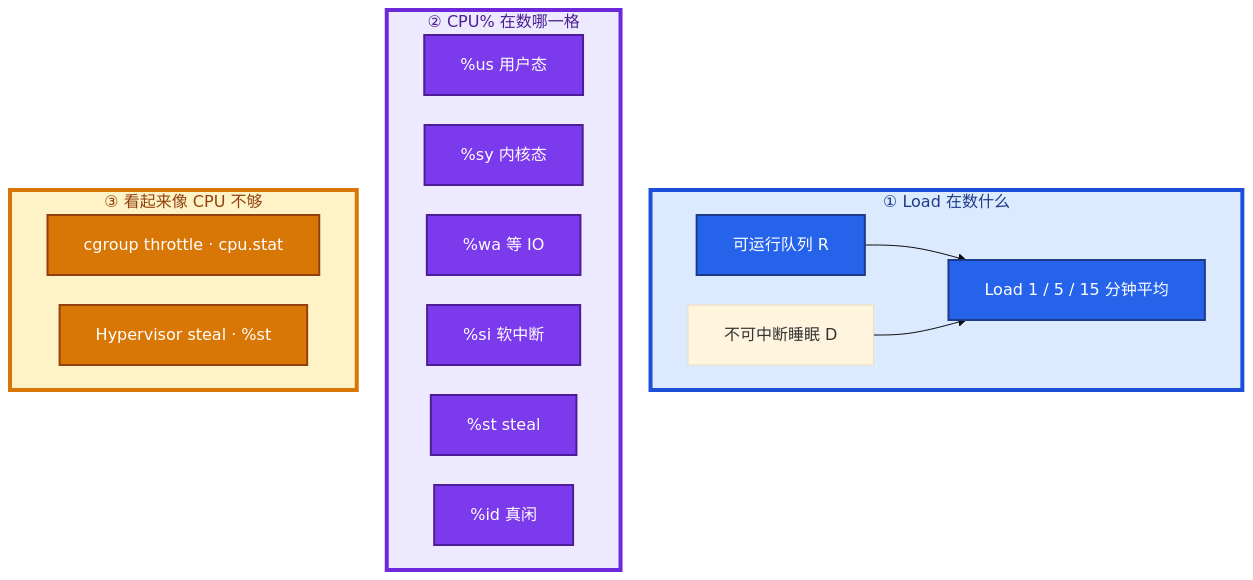
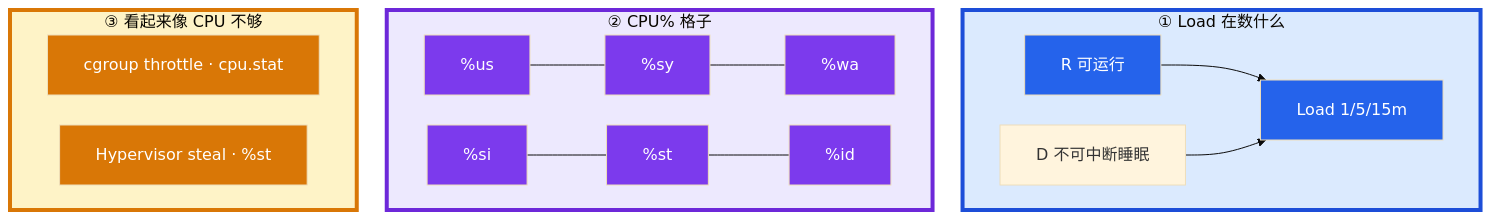
One commit to ml-cuizijun/LearnToLilith changed the second of 6 diagrams in 02-基础底座/03-CPU与Load/知识点.md. Above: the diagram before and after it, drawn with Mermaid. The commit also changed other lines of this file and 213 other files, not shown here.

````diff
--- a/02-基础底座/03-CPU与Load/知识点.md
+++ b/02-基础底座/03-CPU与Load/知识点.md
@@ -83,35 +67,29 @@
 ```mermaid
 %%{init: {"flowchart": {"padding": 18, "nodeSpacing": 30, "rankSpacing": 50}, "theme": "base"}}%%
 flowchart TB
     subgraph load ["① Load 在数什么"]
-        R[可运行队列 R]
-        D[不可中断睡眠 D]
-        R --> L["Load 1 / 5 / 15 分钟平均"]
-        D --> L
+        R[R 可运行] --> L["Load 1/5/15m"]
+        D[D 不可中断睡眠] --> L
     end
 
-    subgraph cpu ["② CPU% 在数哪一格"]
-        us["%us 用户态"]
-        sy["%sy 内核态"]
-        wa["%wa 等 IO"]
-        si["%si 软中断"]
-        st["%st steal"]
-        id["%id 真闲"]
+    subgraph cpu ["② CPU% 格子"]
+        us["%us"] --- sy["%sy"] --- wa["%wa"]
+        si["%si"] --- st["%st"] --- id["%id"]
     end
 
     subgraph extra ["③ 看起来像 CPU 不够"]
         thr["cgroup throttle · cpu.stat"]
         hv["Hypervisor steal · %st"]
     end
 
-    classDef a fill:#2563EB,stroke:#1E3A8A,stroke-width:2px,color:#fff
-    classDef b fill:#7C3AED,stroke:#4C1D95,stroke-width:2px,color:#fff
-    classDef c fill:#D97706,stroke:#92400E,stroke-width:2px,color:#fff
+    classDef a fill:#2563EB,color:#fff
+    classDef b fill:#7C3AED,color:#fff
+    classDef c fill:#D97706,color:#fff
     class R,L a
     class us,sy,wa,si,st,id b
     class thr,hv c
 
-    style load fill:#DBEAFE,stroke:#1D4ED8,stroke-width:4px,color:#1E3A8A
-    style cpu fill:#EDE9FE,stroke:#6D28D9,stroke-width:4px,color:#4C1D95
-    style extra fill:#FEF3C7,stroke:#D97706,stroke-width:4px,color:#92400E
+    style load fill:#DBEAFE,stroke:#1D4ED8,stroke-width:4px
+    style cpu fill:#EDE9FE,stroke:#6D28D9,stroke-width:4px
+    style extra fill:#FEF3C7,stroke:#D97706,stroke-width:4px
 ```
````
